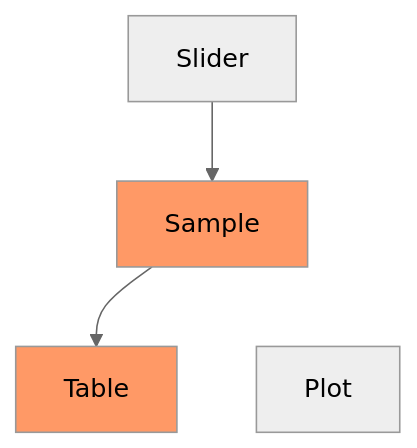
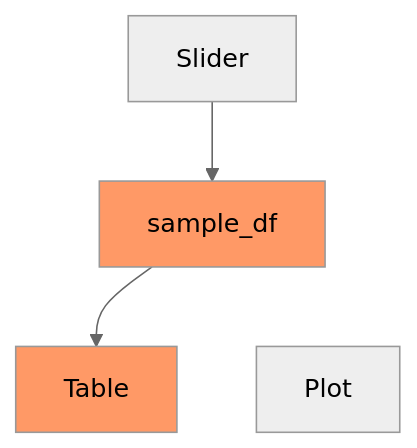
The fifth of 19 diagrams in docs/reactivity-calc-slides.qmd (posit-dev/intro-to-shiny-for-python), drawn with Mermaid (neutral theme) before and after one commit. The commit also changed other lines of this file and 21 other files, not shown here.

````diff
--- a/docs/reactivity-calc-slides.qmd
+++ b/docs/reactivity-calc-slides.qmd
@@ -160,9 +164,9 @@
 ```{mermaid}
 flowchart TD
-  Sl[Slider] --> S[Sample]:::changed
+  Sl[Slider] --> S[sample_df]:::changed
   S --> T[Table]:::changed
   S --> P[Plot]
   
   classDef changed fill:#f96
   linkStyle 2 display:none
 ```
````
